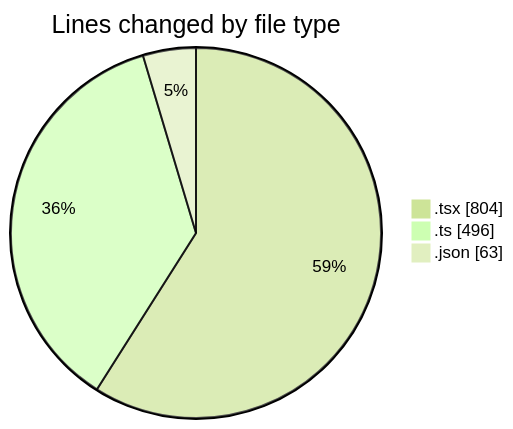
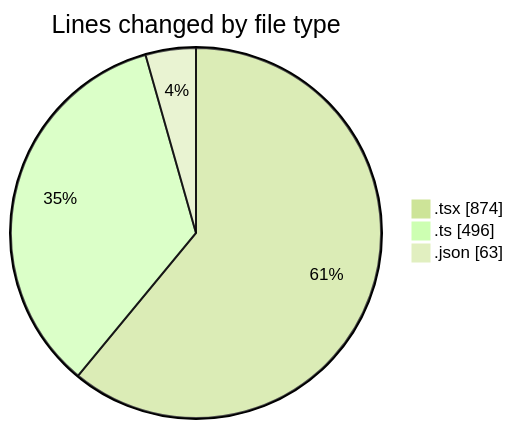
One commit to julien-gomy/code-tracking changed the first of 2 diagrams in 2025-10-21/eventscop-frontend-guide__workspace_/README.md. Above: the diagram before and after it, drawn with Mermaid (forest theme). The commit also changed other lines of this file and 1 other file, not shown here.

````diff
--- a/2025-10-21/eventscop-frontend-guide__workspace_/README.md
+++ b/2025-10-21/eventscop-frontend-guide__workspace_/README.md
@@ -36,7 +37,7 @@
 ```mermaid
 pie showData
 title Lines changed by file type
-".tsx" : 804
+".tsx" : 874
 ".ts" : 496
 ".json" : 63
 ```
````
